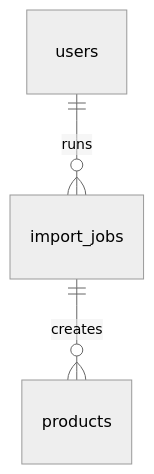
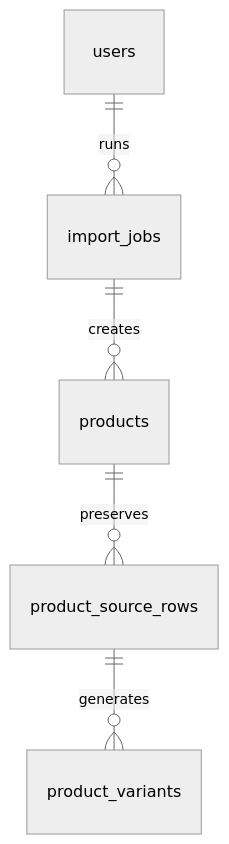
One commit to UnmarriedIdentity/the-unlugged-wear changed the diagram in DOC/backend/07-Import-Jobs.md. Above: the diagram before and after it, drawn with Mermaid (neutral theme). The commit also changed other lines of this file and 5 other files, not shown here.

````diff
--- a/DOC/backend/07-Import-Jobs.md
+++ b/DOC/backend/07-Import-Jobs.md
@@ -58,5 +81,7 @@
 ```mermaid
 erDiagram
     users ||--o{ import_jobs : runs
     import_jobs ||--o{ products : creates
+    products ||--o{ product_source_rows : preserves
+    product_source_rows ||--o{ product_variants : generates
 ```
````
